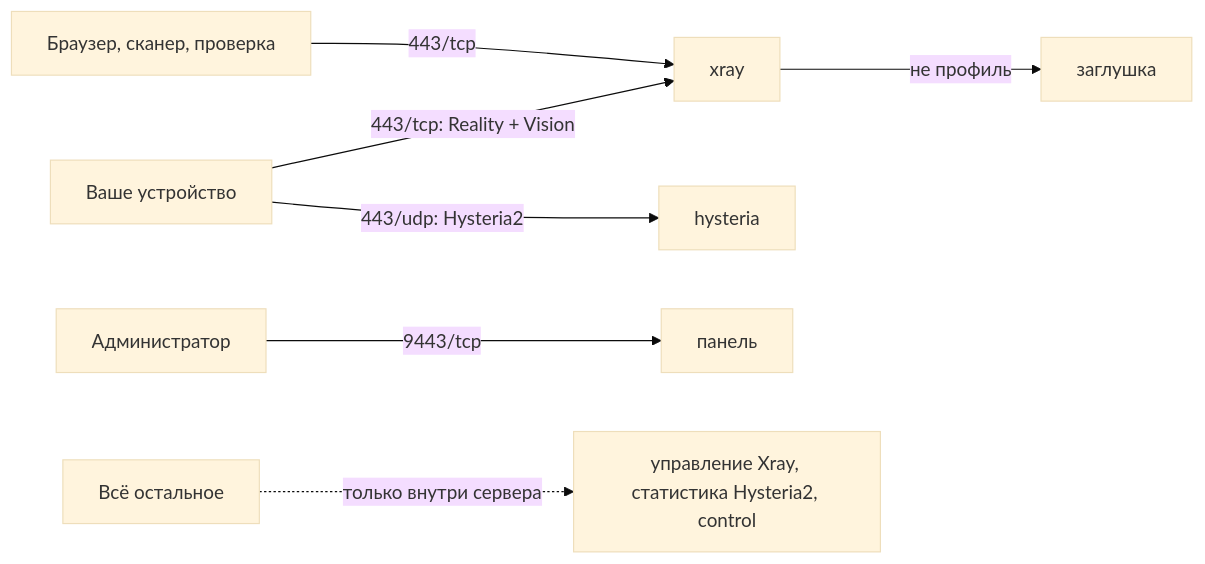
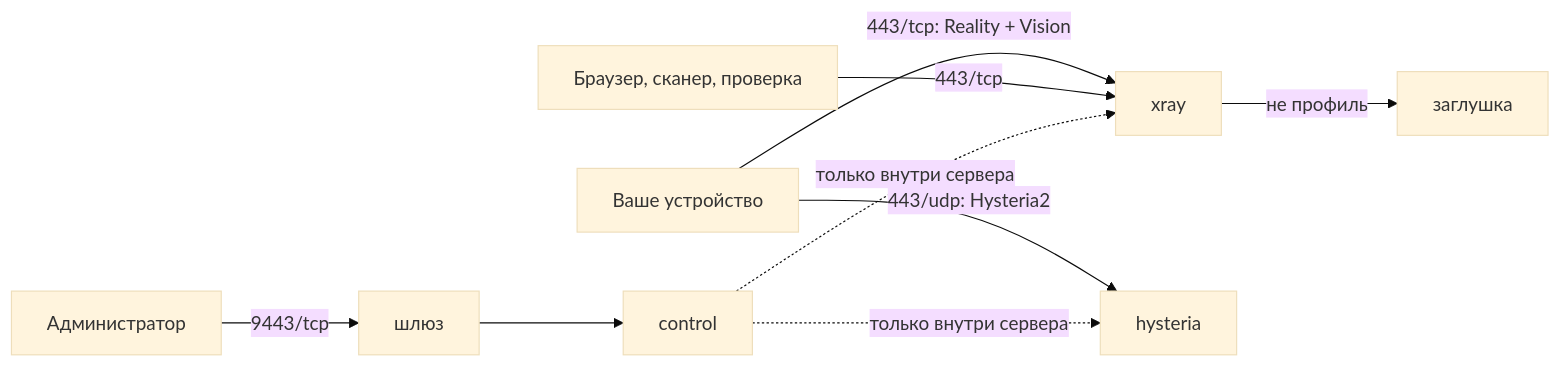
Before and after one commit to A1exZabr/EzOpenPN: the diagram in README.md, drawn with Mermaid (base theme).

Commit message:
документация: понятнее схема сервисов в README

````diff
--- a/README.md
+++ b/README.md
@@ -49,9 +49,11 @@
 ```mermaid
 flowchart LR
     D["Ваше устройство"] -->|"443/tcp: Reality + Vision"| X["xray"]
     D -->|"443/udp: Hysteria2"| H["hysteria"]
     Q["Браузер, сканер, проверка"] -->|"443/tcp"| X
     X -->|"не профиль"| S["заглушка"]
-    A["Администратор"] -->|"9443/tcp"| P["панель"]
-    W["Всё остальное"] -.->|"только внутри сервера"| I["управление Xray, статистика Hysteria2, control"]
+    A["Администратор"] -->|"9443/tcp"| G["шлюз"]
+    G --> C["control"]
+    C -.->|"только внутри сервера"| X
+    C -.->|"только внутри сервера"| H
 ```
````
